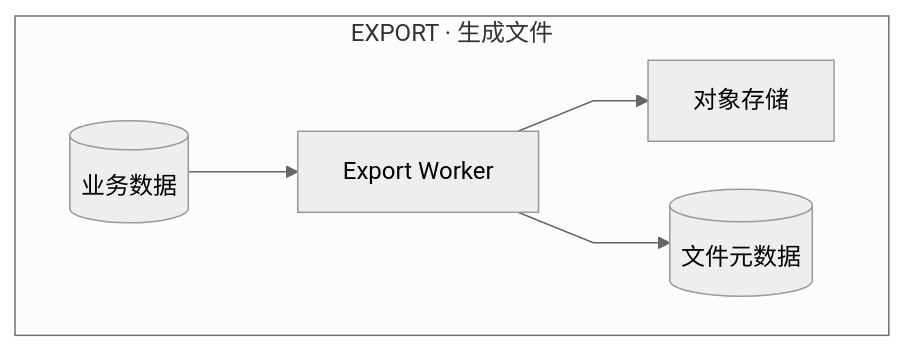
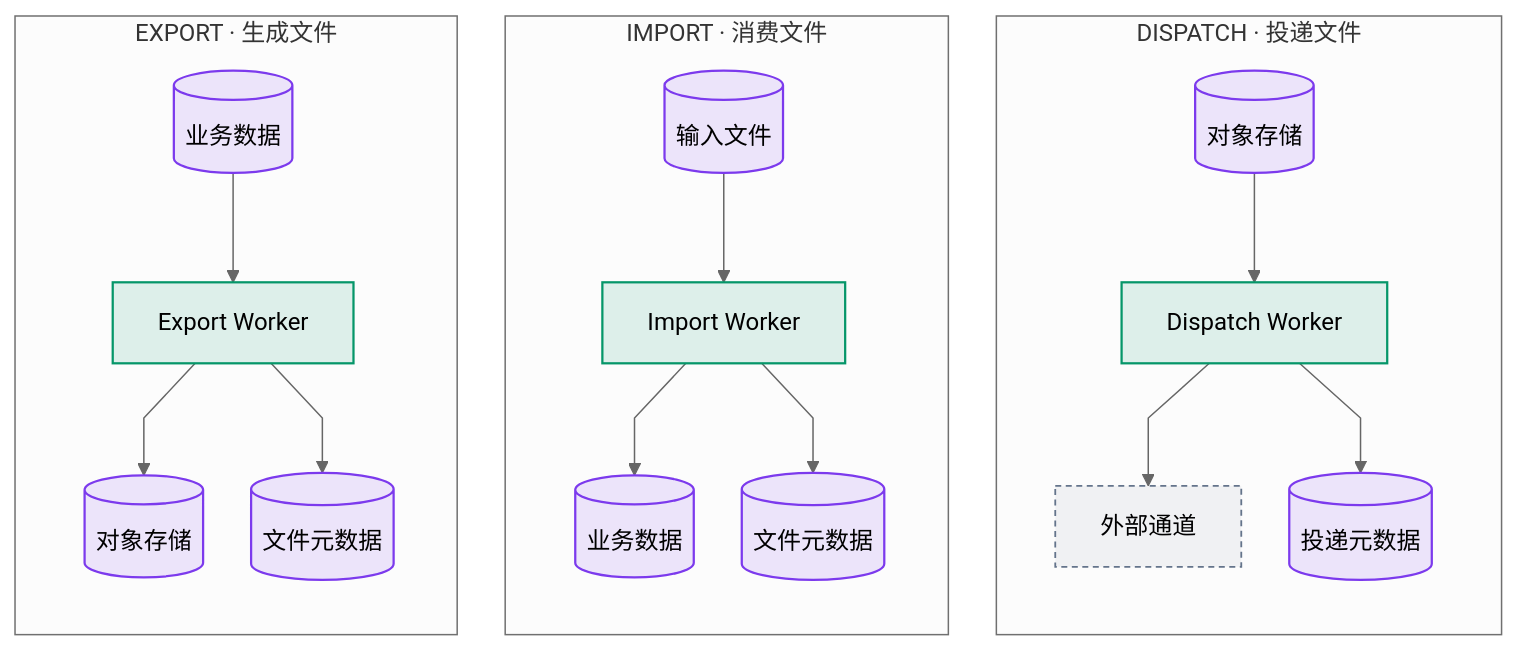
Diagram 18 of 23 in docs/architecture/system-flow-overview.md (pinpols/file-batch-system), drawn with Mermaid (neutral theme) before and after one commit. The commit also changed other lines of this file and 11 other files, not shown here.

First line of the commit message:
docs(diagram): P2 文档图按图例统一并按源码核对状态机 (#1383)

````diff
--- a/docs/architecture/system-flow-overview.md
+++ b/docs/architecture/system-flow-overview.md
@@ -617,9 +658,29 @@
 ```mermaid
 %%{init: {"flowchart":{"curve":"linear","nodeSpacing":32,"rankSpacing":48},"sequence":{"mirrorActors":false}}}%%
 flowchart TB
+  subgraph DISPATCH["DISPATCH · 投递文件"]
+    direction TB
+    DS[("对象存储")]:::store --> DW["Dispatch Worker"]:::worker
+    DW --> DC["外部通道"]:::ext
+    DW --> DF[("投递元数据")]:::store
+  end
+  subgraph IMPORT["IMPORT · 消费文件"]
+    direction TB
+    IS[("输入文件")]:::store --> IW["Import Worker"]:::worker
+    IW --> IB[("业务数据")]:::store
+    IW --> IF[("文件元数据")]:::store
+  end
   subgraph EXPORT["EXPORT · 生成文件"]
-    EB[("业务数据")] --> EW["Export Worker"]
-    EW --> ES["对象存储"]
-    EW --> EF[("文件元数据")]
+    direction TB
+    EB[("业务数据")]:::store --> EW["Export Worker"]:::worker
+    EW --> ES[("对象存储")]:::store
+    EW --> EF[("文件元数据")]:::store
   end
+  classDef entry fill:#6366f11f,stroke:#6366f1,stroke-width:1.5px
+  classDef control fill:#0284c71f,stroke:#0284c7,stroke-width:1.5px
+  classDef mq fill:#d977061f,stroke:#d97706,stroke-width:1.5px
+  classDef worker fill:#0596691f,stroke:#059669,stroke-width:1.5px
+  classDef store fill:#7c3aed1f,stroke:#7c3aed,stroke-width:1.5px
+  classDef ext fill:#64748b14,stroke:#64748b,stroke-width:1.2px,stroke-dasharray:4 3
+  classDef lib fill:#64748b14,stroke:#64748b,stroke-width:1.2px
 ```
````
